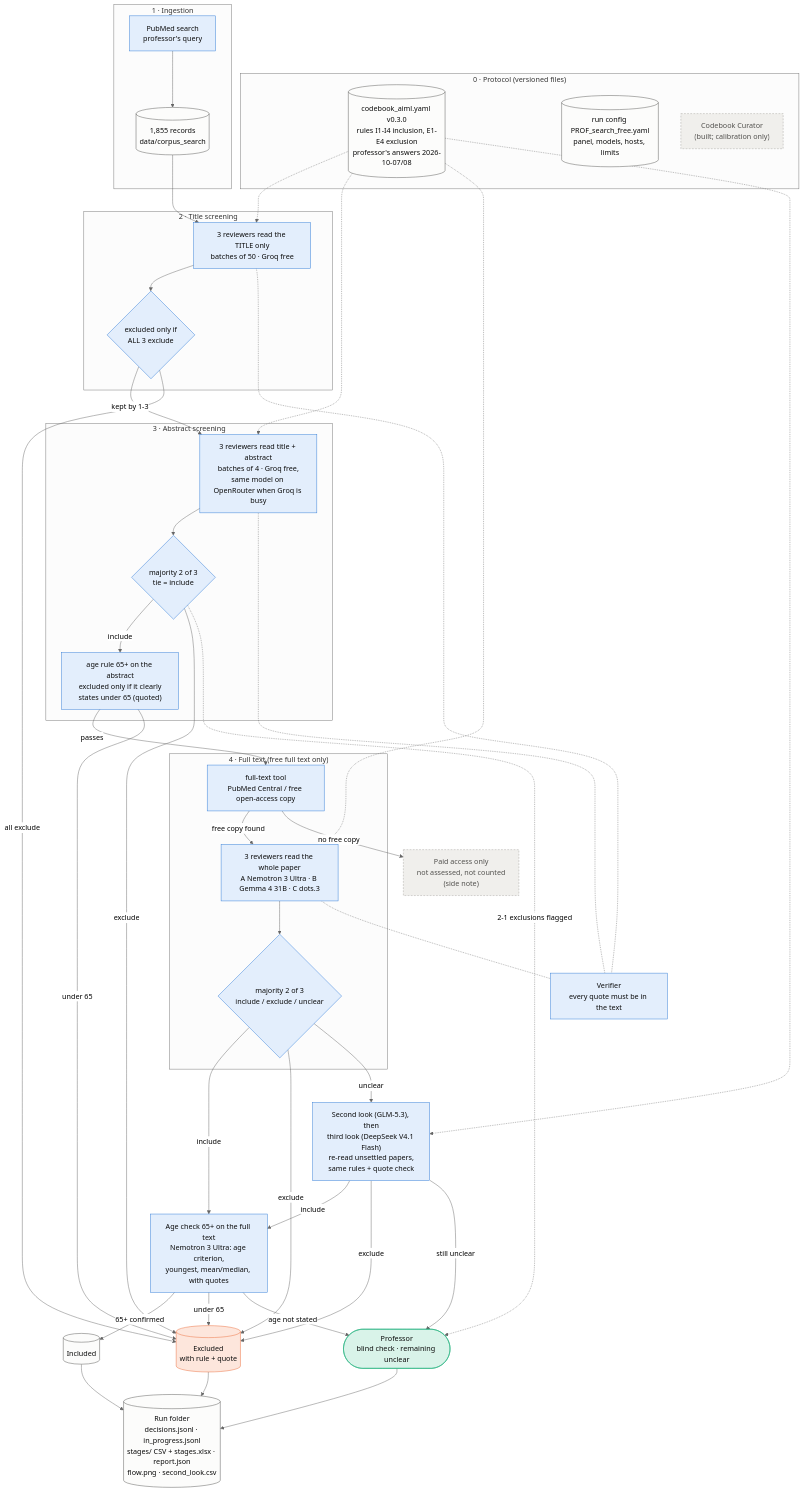
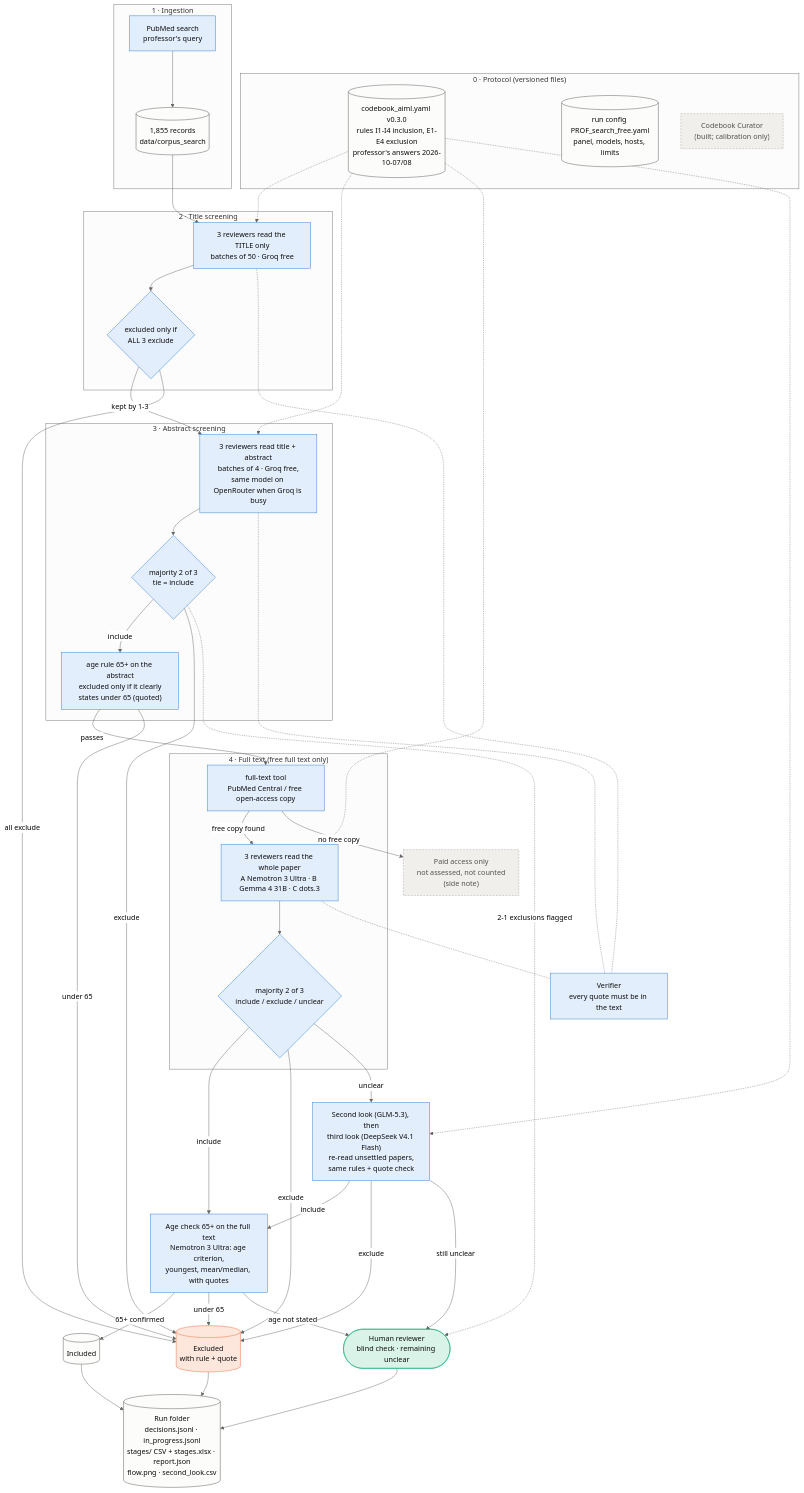
The diagram in docs/diagrams/src/system-overview.mmd (iUtsa/adrd-multiagent-review), drawn with Mermaid (neutral theme) before and after one commit. The commit also changed 24 other files, not shown here.

Commit message:
Diagrams, charts and docs: 'human reviewer' / 'for human review' labels

```diff
--- a/docs/diagrams/src/system-overview.mmd
+++ b/docs/diagrams/src/system-overview.mmd
@@ -1,68 +1,68 @@
 flowchart TB
     classDef used fill:#e3eefc,stroke:#2a78d6,color:#0b0b0b
     classDef off fill:#f0efec,stroke:#a3a29c,stroke-dasharray:4 3,color:#52514e
     classDef prof fill:#d9f3e9,stroke:#1baf7a,color:#0b0b0b
     classDef out fill:#fde6dc,stroke:#eb6834,color:#0b0b0b
     classDef store fill:#fcfcfb,stroke:#52514e,color:#0b0b0b
 
     subgraph P0["0 · Protocol (versioned files)"]
         CB[("codebook_aiml.yaml v0.3.0<br/>rules I1-I4 inclusion, E1-E4 exclusion<br/>professor's answers 2026-10-07/08")]:::store
         CFG[("run config PROF_search_free.yaml<br/>panel, models, hosts, limits")]:::store
         CUR["Codebook Curator<br/>(built; calibration only)"]:::off
     end
 
     subgraph P1["1 · Ingestion"]
         Q["PubMed search<br/>professor's query"]:::used --> CORP[("1,855 records<br/>data/corpus_search")]:::store
     end
 
     subgraph S1["2 · Title screening"]
         T["3 reviewers read the TITLE only<br/>batches of 50 · Groq free"]:::used
         TC{"excluded only if<br/>ALL 3 exclude"}:::used
         T --> TC
     end
 
     subgraph S2["3 · Abstract screening"]
         A["3 reviewers read title + abstract<br/>batches of 4 · Groq free,<br/>same model on OpenRouter when Groq is busy"]:::used
         AC{"majority 2 of 3<br/>tie = include"}:::used
         AA["age rule 65+ on the abstract<br/>excluded only if it clearly<br/>states under 65 (quoted)"]:::used
         A --> AC
     end
 
     subgraph S3["4 · Full text (free full text only)"]
         FT["full-text tool<br/>PubMed Central / free open-access copy"]:::used
         E["3 reviewers read the whole paper<br/>A Nemotron 3 Ultra · B Gemma 4 31B · C dots.3"]:::used
         EC{"majority 2 of 3<br/>include / exclude / unclear"}:::used
         FT -->|free copy found| E --> EC
     end
 
     V["Verifier<br/>every quote must be in the text"]:::used
     AGE["Age check 65+ on the full text<br/>Nemotron 3 Ultra: age criterion,<br/>youngest, mean/median, with quotes"]:::used
     SL["Second look (GLM-5.3), then<br/>third look (DeepSeek V4.1 Flash)<br/>re-read unsettled papers,<br/>same rules + quote check"]:::used
-    PROF(["Professor<br/>blind check · remaining unclear"]):::prof
+    PROF(["Human reviewer<br/>blind check · remaining unclear"]):::prof
 
     INC[("Included")]:::store
     EXC[("Excluded<br/>with rule + quote")]:::out
     PAID["Paid access only<br/>not assessed, not counted<br/>(side note)"]:::off
     OUT[("Run folder<br/>decisions.jsonl · in_progress.jsonl<br/>stages/ CSV + stages.xlsx · report.json<br/>flow.png · second_look.csv")]:::store
 
     CORP --> T
     TC -->|kept by 1-3| A
     TC -->|all exclude| EXC
     AC -->|include| AA
     AA -->|"passes"| FT
     AA -->|"under 65"| EXC
     AC -->|exclude| EXC
     AC -. "2-1 exclusions flagged" .-> PROF
     FT -->|no free copy| PAID
     EC -->|include| AGE
     EC -->|exclude| EXC
     EC -->|unclear| SL
     SL -->|include| AGE
     SL -->|exclude| EXC
     SL -->|still unclear| PROF
     AGE -->|"65+ confirmed"| INC
     AGE -->|"under 65"| EXC
     AGE -->|"age not stated"| PROF
     T & A & E -.- V
     CB -.-> T & A & E & SL
     INC & EXC & PROF --> OUT
```
